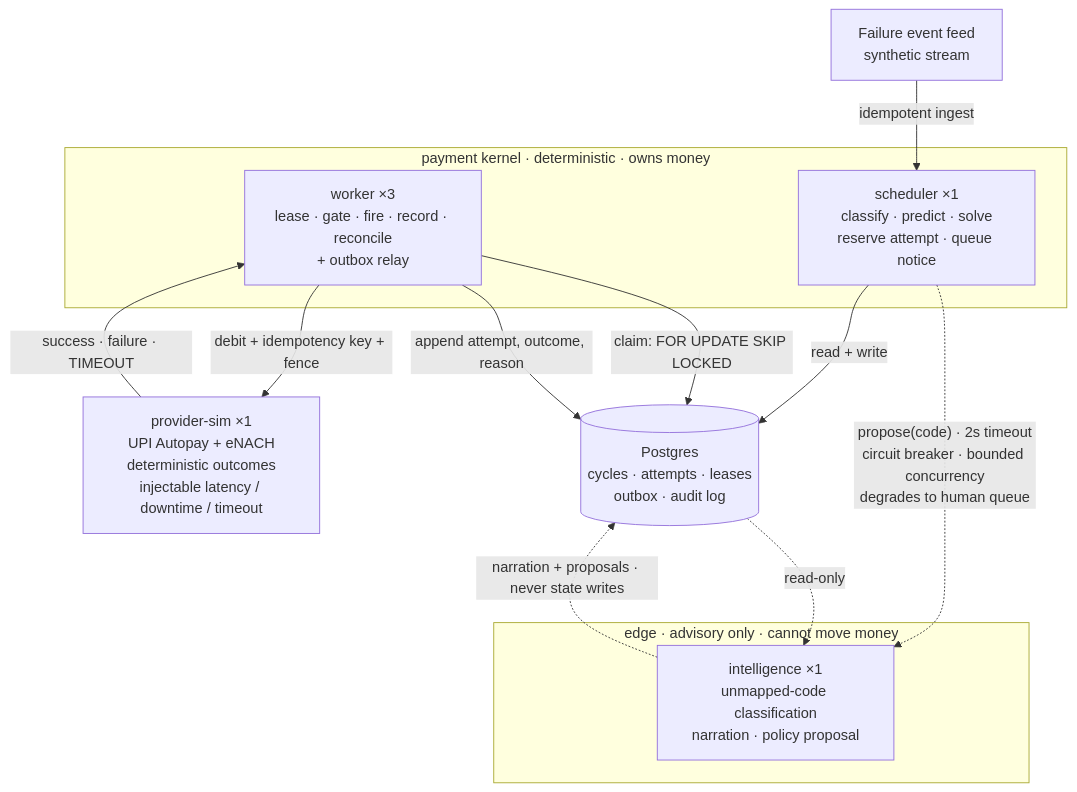
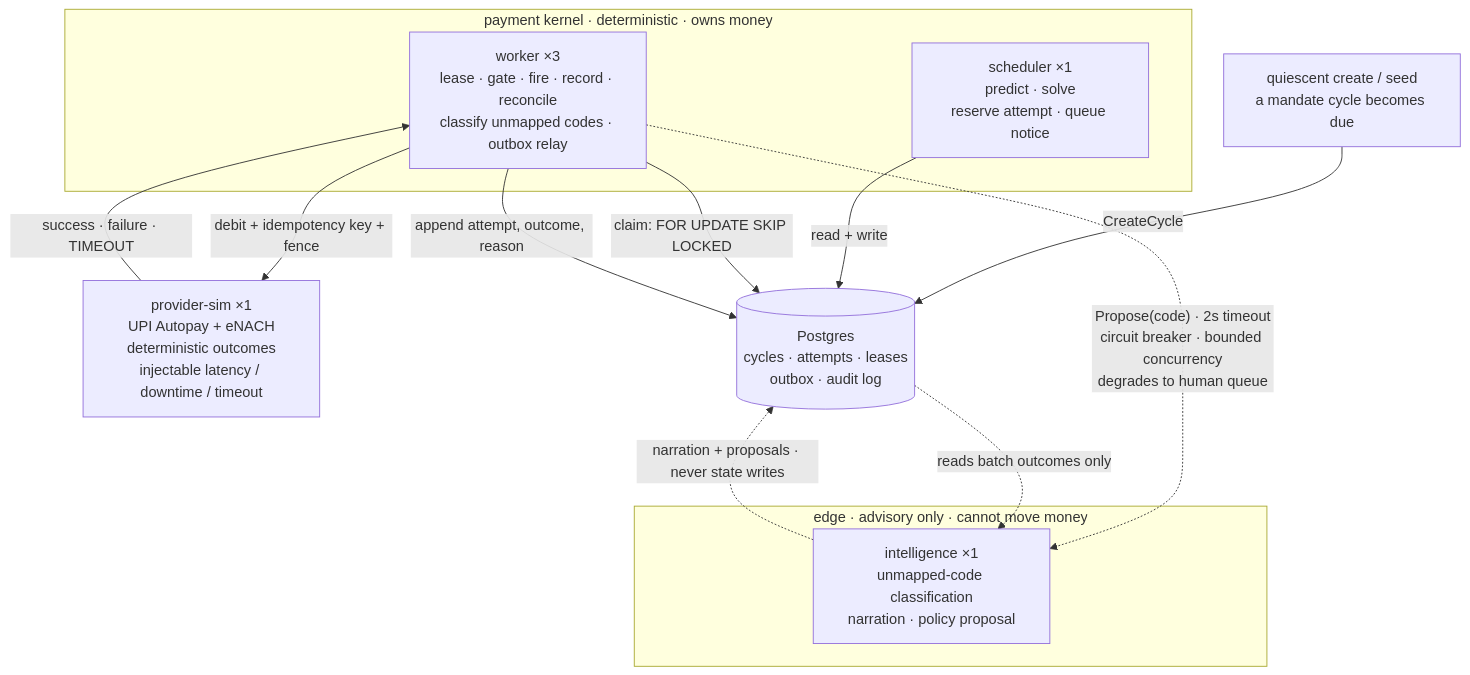
The diagram in docs/ARCHITECTURE.md (VIM4L-M/Quiescent), drawn with Mermaid before and after one commit. The commit also changed other lines of this file, not shown here.

Commit message:
docs: added new implemneted architecture

````diff
--- a/docs/ARCHITECTURE.md
+++ b/docs/ARCHITECTURE.md
@@ -41,27 +42,27 @@
 ```mermaid
 flowchart TB
-    FEED["Failure event feed<br/>synthetic stream"]
+    CLI["quiescent create / seed<br/>a mandate cycle becomes due"]
 
     subgraph KERNEL["payment kernel · deterministic · owns money"]
-      SCHED["scheduler ×1<br/>classify · predict · solve<br/>reserve attempt · queue notice"]
-      W1["worker ×3<br/>lease · gate · fire · record · reconcile<br/>+ outbox relay"]
+      SCHED["scheduler ×1<br/>predict · solve<br/>reserve attempt · queue notice"]
+      W1["worker ×3<br/>lease · gate · fire · record · reconcile<br/>classify unmapped codes · outbox relay"]
     end
 
     subgraph EDGE["edge · advisory only · cannot move money"]
       INTEL["intelligence ×1<br/>unmapped-code classification<br/>narration · policy proposal"]
     end
 
     PROV["provider-sim ×1<br/>UPI Autopay + eNACH<br/>deterministic outcomes<br/>injectable latency / downtime / timeout"]
 
     DB[("Postgres<br/>cycles · attempts · leases<br/>outbox · audit log")]
 
-    FEED -->|idempotent ingest| SCHED
+    CLI -->|CreateCycle| DB
     SCHED -->|read + write| DB
-    SCHED -.->|"propose(code) · 2s timeout<br/>circuit breaker · bounded concurrency<br/>degrades to human queue"| INTEL
     W1 -->|"claim: FOR UPDATE SKIP LOCKED"| DB
     W1 -->|"debit + idempotency key + fence"| PROV
     PROV -->|"success · failure · TIMEOUT"| W1
+    W1 -.->|"Propose(code) · 2s timeout<br/>circuit breaker · bounded concurrency<br/>degrades to human queue"| INTEL
     W1 -->|append attempt, outcome, reason| DB
-    DB -.->|read-only| INTEL
+    DB -.->|reads batch outcomes only| INTEL
     INTEL -.->|narration + proposals · never state writes| DB
 ```
````
